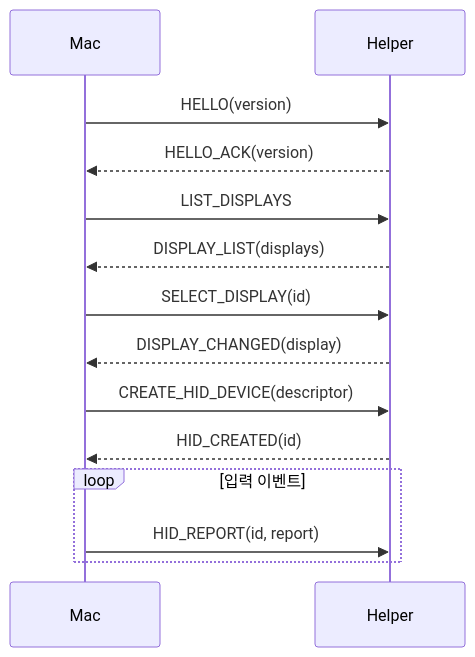
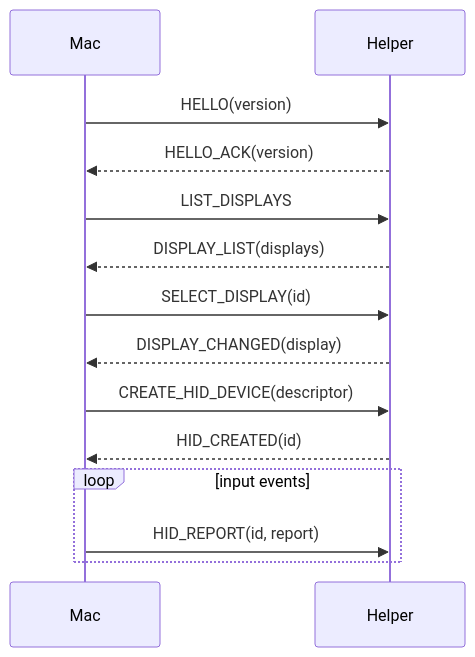
One commit to luceat-lux-vestra/crossinput changed the diagram in protocol/protocol.md. Above: the diagram before and after it, drawn with Mermaid. The commit also changed other lines of this file and 33 other files, not shown here.

````diff
--- a/protocol/protocol.md
+++ b/protocol/protocol.md
@@ -97,16 +97,16 @@
 ```mermaid
 sequenceDiagram
     participant Mac
     participant Helper
     Mac->>Helper: HELLO(version)
     Helper-->>Mac: HELLO_ACK(version)
     Mac->>Helper: LIST_DISPLAYS
     Helper-->>Mac: DISPLAY_LIST(displays)
     Mac->>Helper: SELECT_DISPLAY(id)
     Helper-->>Mac: DISPLAY_CHANGED(display)
     Mac->>Helper: CREATE_HID_DEVICE(descriptor)
     Helper-->>Mac: HID_CREATED(id)
-    loop 입력 이벤트
+    loop input events
         Mac->>Helper: HID_REPORT(id, report)
     end
 ```
````
